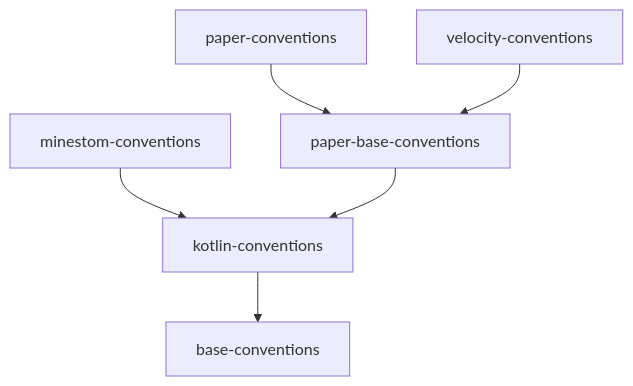
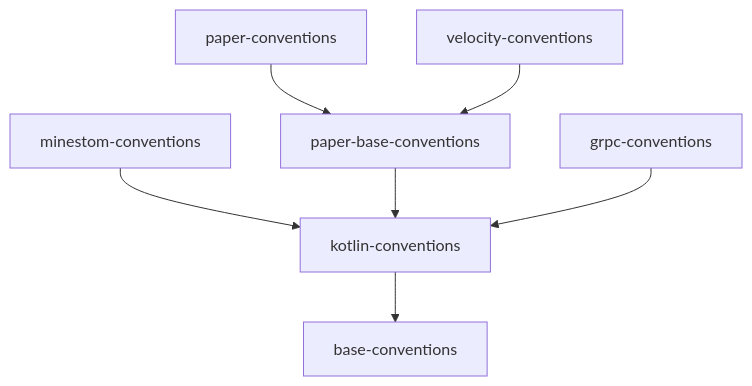
The diagram in README.md (groundsgg/library-gradle-plugin), drawn with Mermaid before and after one commit. The commit also changed other lines of this file and 2 other files, not shown here.

First line of the commit message:
feat: add grpc-conventions plugin (#12)

````diff
--- a/README.md
+++ b/README.md
@@ -119,8 +127,9 @@
 ```mermaid
 graph TB
   kotlin["kotlin-conventions"] --> base["base-conventions"]
   minestom["minestom-conventions"] --> kotlin
   paperbase["paper-base-conventions"] --> kotlin
+  grpc["grpc-conventions"] --> kotlin
   paper["paper-conventions"] --> paperbase
   velocity["velocity-conventions"] --> paperbase
 ```
````
